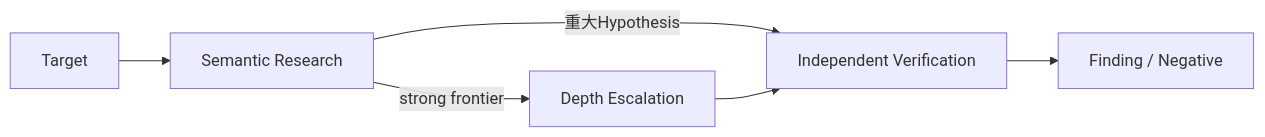
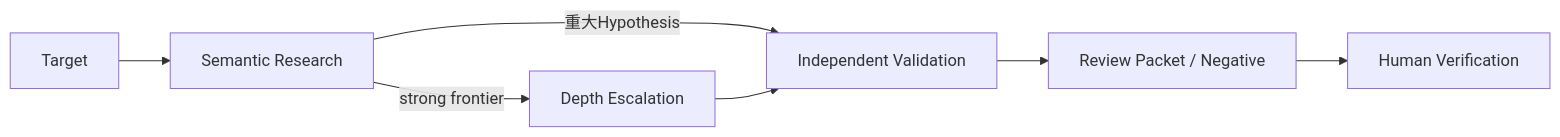
Before and after one commit to momoponwork1415-lgtm/wordpress-harness: the diagram in README.md, drawn with Mermaid. The commit also changed other lines of this file and 25 other files, not shown here.

Commit message:
Define source validation and human verification

````diff
--- a/README.md
+++ b/README.md
@@ -11,8 +11,9 @@
 ```mermaid
 flowchart LR
     target["Target"] --> semantic["Semantic Research"]
-    semantic -->|"重大Hypothesis"| verify["Independent Verification"]
+    semantic -->|"重大Hypothesis"| validate["Independent Validation"]
     semantic -->|"strong frontier"| depth["Depth Escalation"]
-    depth --> verify
-    verify --> result["Finding / Negative"]
+    depth --> validate
+    validate --> packet["Review Packet / Negative"]
+    packet --> human["Human Verification"]
 ```
````
